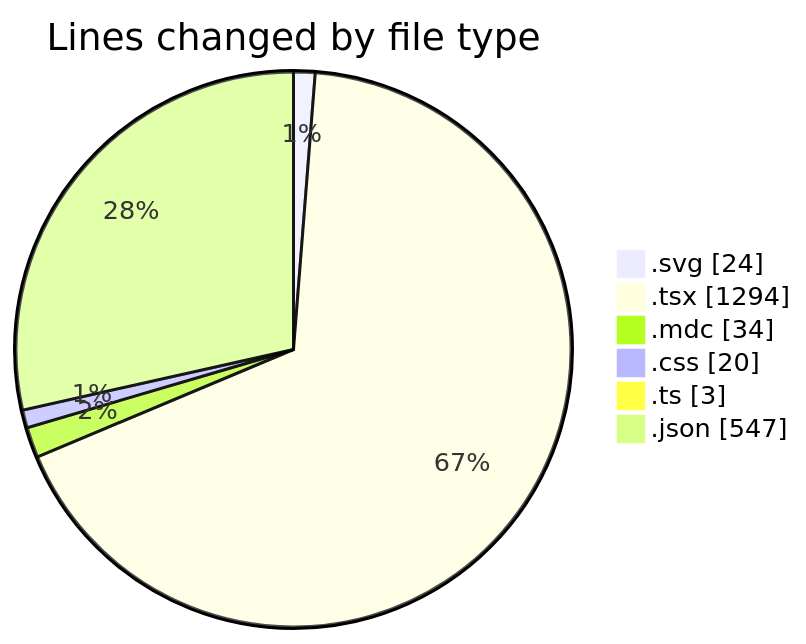
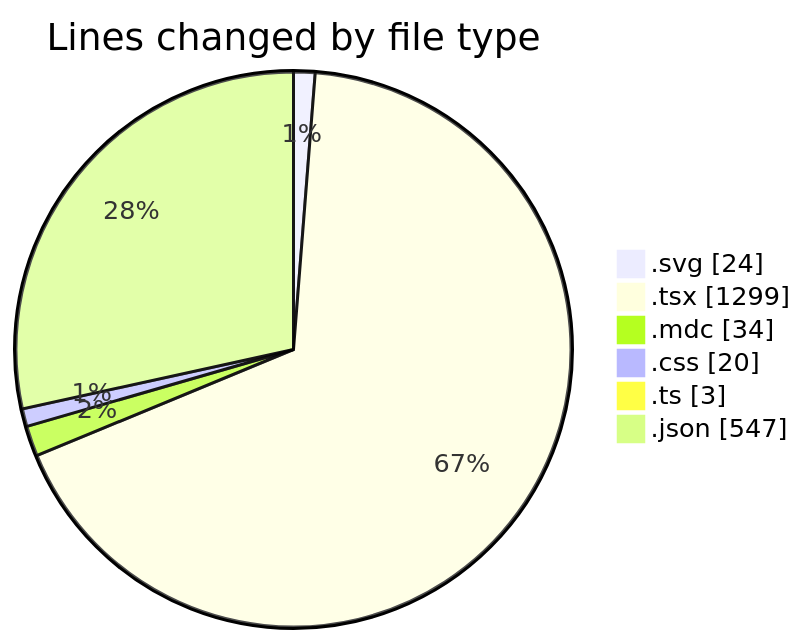
One commit to EIIisD/code-tracking changed the first of 2 diagrams in 2025-07-18/ribbon/README.md. Above: the diagram before and after it, drawn with Mermaid. The commit also changed other lines of this file and 1 other file, not shown here.

````diff
--- a/2025-07-18/ribbon/README.md
+++ b/2025-07-18/ribbon/README.md
@@ -27,10 +27,10 @@
 ```mermaid
 pie showData
 title Lines changed by file type
 ".svg" : 24
-".tsx" : 1294
+".tsx" : 1299
 ".mdc" : 34
 ".css" : 20
 ".ts" : 3
 ".json" : 547
 ```
````
